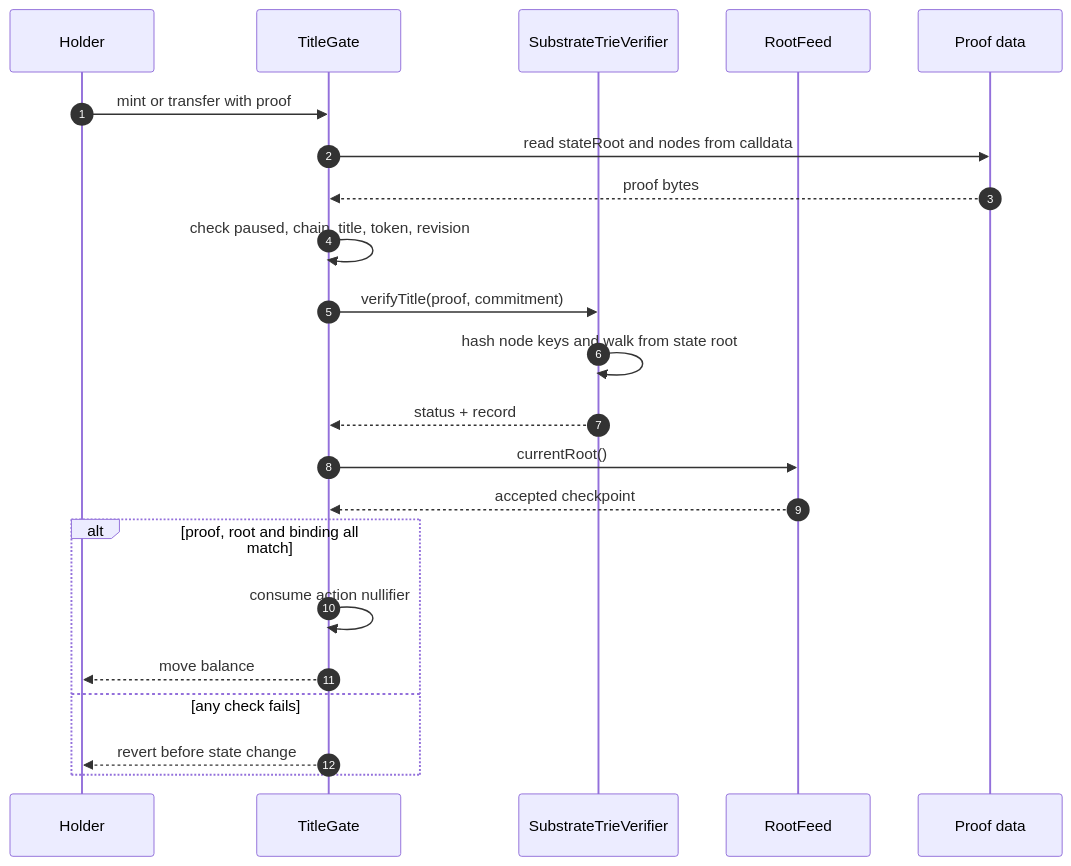
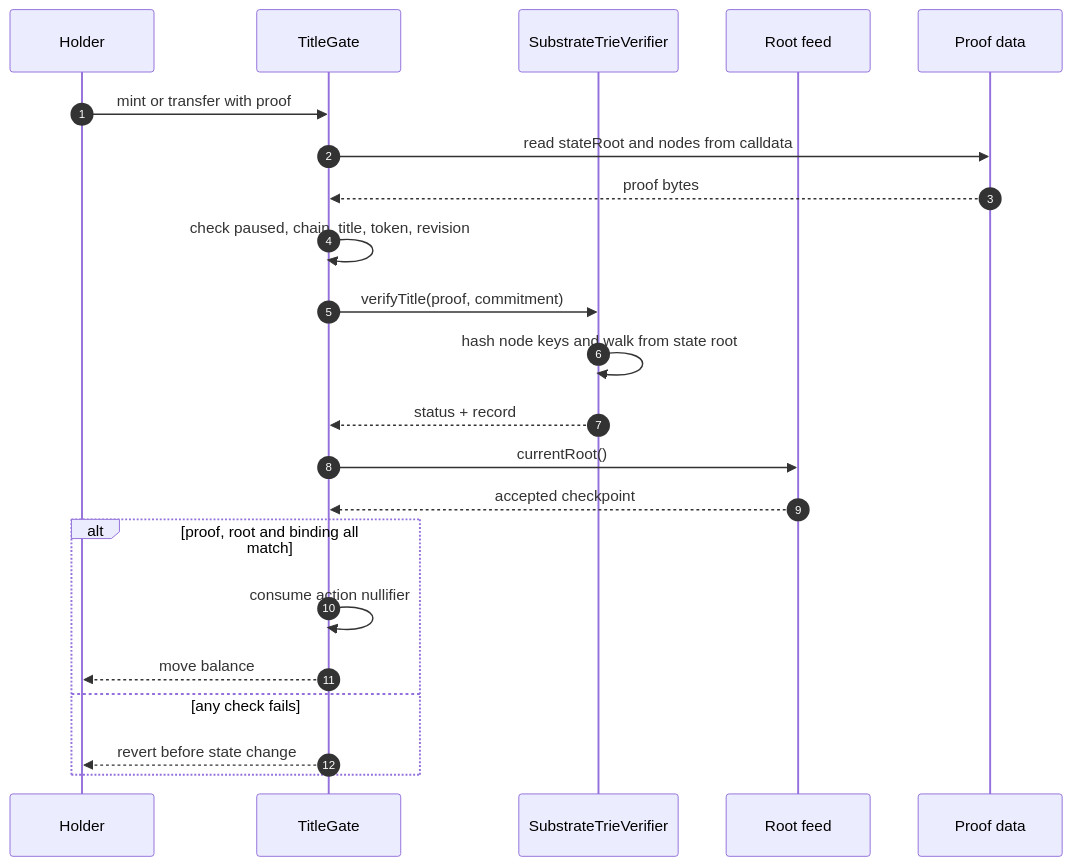
The second of 2 diagrams in README.md (subheeksh5599/lemo), drawn with Mermaid before and after one commit. The commit also changed other lines of this file and 3 other files, not shown here.

````diff
--- a/README.md
+++ b/README.md
@@ -242,25 +270,25 @@
 ```mermaid
 sequenceDiagram
     autonumber
     participant H as Holder
     participant G as TitleGate
     participant V as SubstrateTrieVerifier
-    participant F as RootFeed
+    participant F as Root feed
     participant P as Proof data
 
     H->>G: mint or transfer with proof
     G->>P: read stateRoot and nodes from calldata
     P-->>G: proof bytes
     G->>G: check paused, chain, title, token, revision
     G->>V: verifyTitle(proof, commitment)
     V->>V: hash node keys and walk from state root
     V-->>G: status + record
     G->>F: currentRoot()
     F-->>G: accepted checkpoint
     alt proof, root and binding all match
         G->>G: consume action nullifier
         G-->>H: move balance
     else any check fails
         G-->>H: revert before state change
     end
 ```
````
